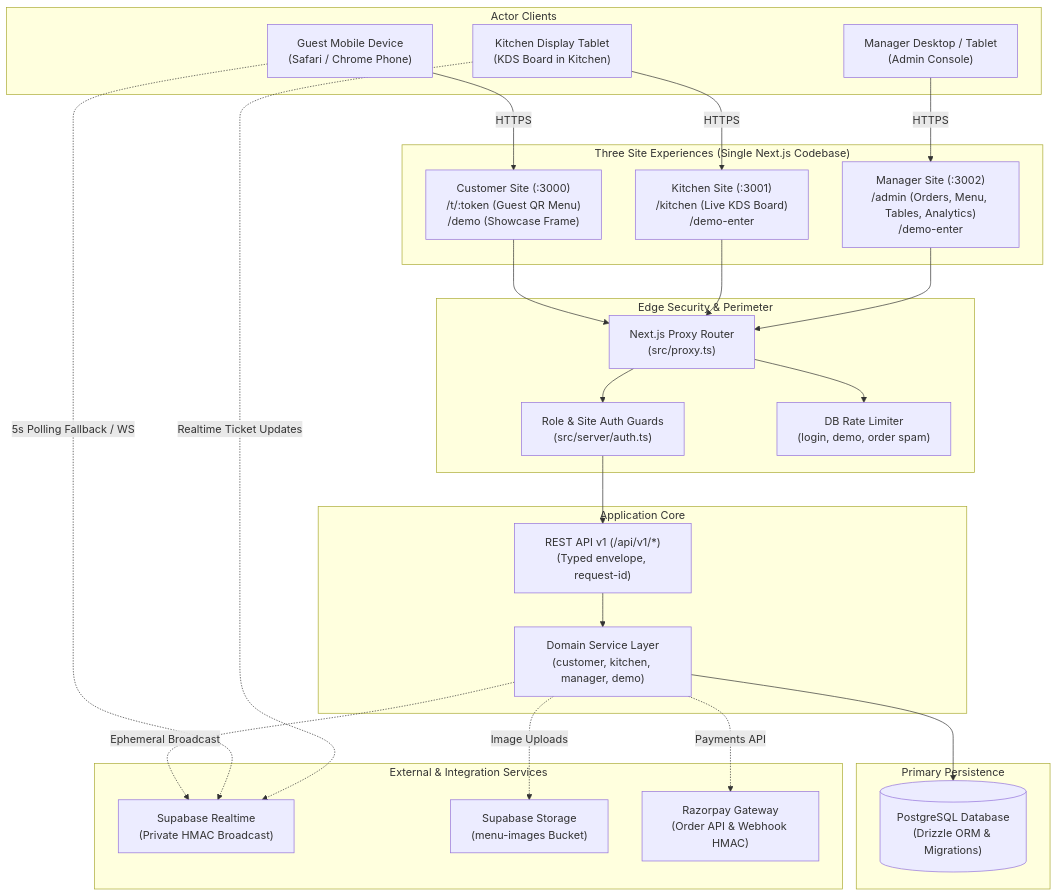
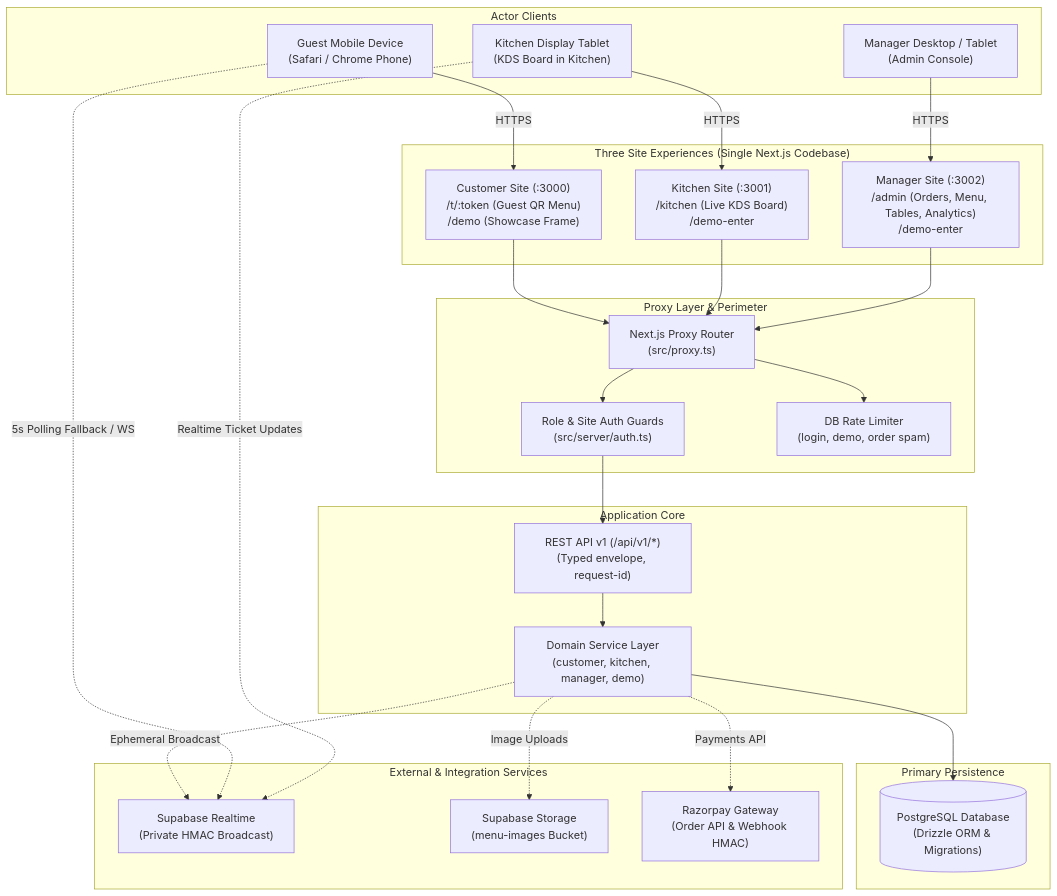
The first of 3 diagrams in docs/ARCHITECTURE.md (JeevanBennur1234/Restaurant-portfolio), drawn with Mermaid before and after one commit. The commit also changed other lines of this file and 6 other files, not shown here.

````diff
--- a/docs/ARCHITECTURE.md
+++ b/docs/ARCHITECTURE.md
@@ -11,56 +11,56 @@
 ```mermaid
 flowchart TD
     subgraph Clients["Actor Clients"]
         GuestClient["Guest Mobile Device<br/>(Safari / Chrome Phone)"]
         KitchenClient["Kitchen Display Tablet<br/>(KDS Board in Kitchen)"]
         ManagerClient["Manager Desktop / Tablet<br/>(Admin Console)"]
     end
 
     subgraph Sites["Three Site Experiences (Single Next.js Codebase)"]
         CustomerSite["Customer Site (:3000)<br/>/t/:token (Guest QR Menu)<br/>/demo (Showcase Frame)"]
         KitchenSite["Kitchen Site (:3001)<br/>/kitchen (Live KDS Board)<br/>/demo-enter"]
         ManagerSite["Manager Site (:3002)<br/>/admin (Orders, Menu, Tables, Analytics)<br/>/demo-enter"]
     end
 
-    subgraph Perimeter["Edge Security & Perimeter"]
+    subgraph Perimeter["Proxy Layer & Perimeter"]
         ProxyRouter["Next.js Proxy Router<br/>(src/proxy.ts)"]
         AuthGuards["Role & Site Auth Guards<br/>(src/server/auth.ts)"]
         RateLimiter["DB Rate Limiter<br/>(login, demo, order spam)"]
     end
 
     subgraph AppLayer["Application Core"]
         RestAPI["REST API v1 (/api/v1/*)<br/>(Typed envelope, request-id)"]
         ServiceLayer["Domain Service Layer<br/>(customer, kitchen, manager, demo)"]
     end
 
     subgraph DataPersistence["Primary Persistence"]
         PostgresDB[("PostgreSQL Database<br/>(Drizzle ORM & Migrations)")]
     end
 
     subgraph ExternalServices["External & Integration Services"]
         SupabaseRealtime["Supabase Realtime<br/>(Private HMAC Broadcast)"]
         SupabaseStorage["Supabase Storage<br/>(menu-images Bucket)"]
         RazorpayGateway["Razorpay Gateway<br/>(Order API & Webhook HMAC)"]
     end
 
     GuestClient -->|HTTPS| CustomerSite
     KitchenClient -->|HTTPS| KitchenSite
     ManagerClient -->|HTTPS| ManagerSite
 
     CustomerSite --> ProxyRouter
     KitchenSite --> ProxyRouter
     ManagerSite --> ProxyRouter
 
     ProxyRouter --> RateLimiter
     ProxyRouter --> AuthGuards
     AuthGuards --> RestAPI
 
     RestAPI --> ServiceLayer
     ServiceLayer --> PostgresDB
     ServiceLayer -.->|Ephemeral Broadcast| SupabaseRealtime
     ServiceLayer -.->|Image Uploads| SupabaseStorage
     ServiceLayer -.->|Payments API| RazorpayGateway
 
     GuestClient -.->|5s Polling Fallback / WS| SupabaseRealtime
     KitchenClient -.->|Realtime Ticket Updates| SupabaseRealtime
 ```
````
